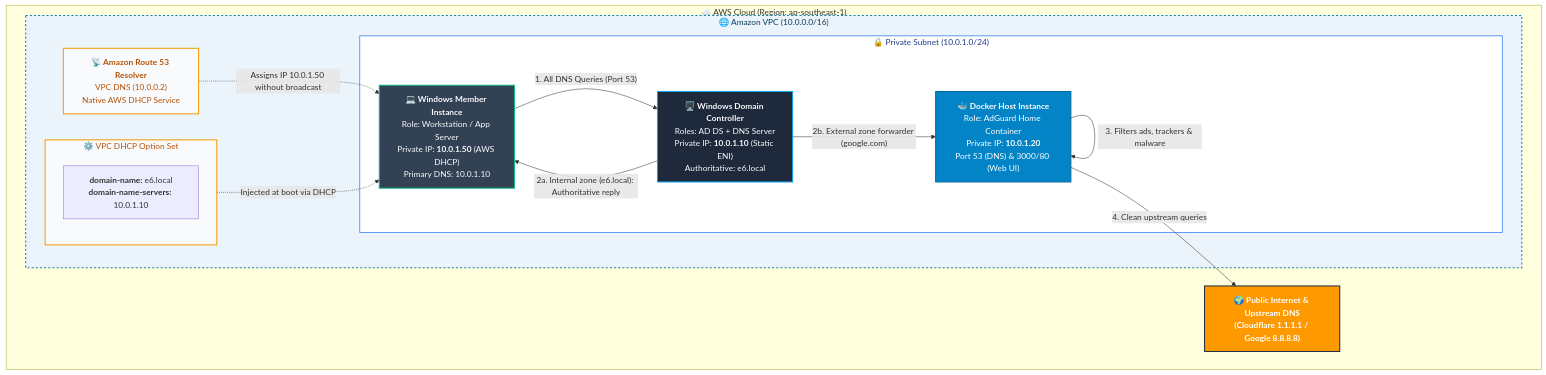
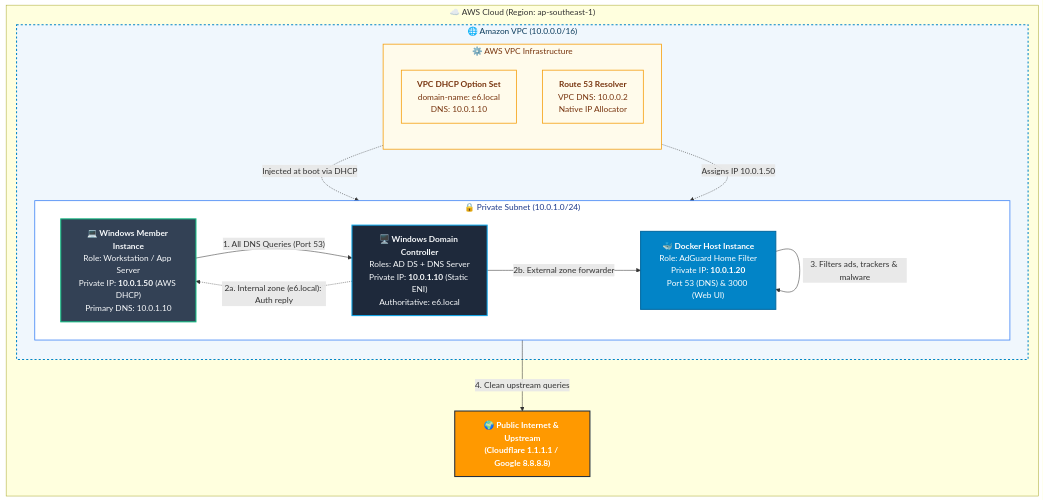
Before and after one commit to seang454/window-server-deploymennt: the diagram in aws-dns-architecture.md, drawn with Mermaid. The commit also changed 9 other files, not shown here.

````diff
--- a/aws-dns-architecture.md
+++ b/aws-dns-architecture.md
@@ -15,49 +15,46 @@
 ```mermaid
-flowchart TB
+flowchart LR
     %% Styling Definitions
     classDef aws fill:#FF9900,stroke:#232F3E,stroke-width:2px,color:#FFFFFF,font-weight:bold;
-    classDef vpc fill:#EBF3FB,stroke:#147EBA,stroke-width:2px,stroke-dasharray: 4 4,color:#0B3C5D;
+    classDef vpc fill:#F0F7FD,stroke:#0284C7,stroke-width:2px,stroke-dasharray: 4 4,color:#0B3C5D;
     classDef subnet fill:#FFFFFF,stroke:#3B82F6,stroke-width:1.5px,color:#1E3A8A;
     classDef server fill:#1E293B,stroke:#0EA5E9,stroke-width:2px,color:#F8FAFC;
     classDef docker fill:#0284C7,stroke:#0369A1,stroke-width:2px,color:#FFFFFF;
     classDef client fill:#334155,stroke:#10B981,stroke-width:2px,color:#F8FAFC;
-    classDef awsService fill:#F8FAFC,stroke:#F59E0B,stroke-width:2px,color:#B45309;
+    classDef awsService fill:#FFFBEB,stroke:#F59E0B,stroke-width:1.5px,color:#78350F;
 
     subgraph AWSCloud ["☁️ AWS Cloud (Region: ap-southeast-1)"]
-        
+
         subgraph VPC ["🌐 Amazon VPC (10.0.0.0/16)"]
-            
-            subgraph DHCPOpt ["⚙️ VPC DHCP Option Set"]
-                DHCPOptInfo["<b>domain-name:</b> e6.local<br/><b>domain-name-servers:</b> 10.0.1.10"]
+
+            subgraph Provisioning ["⚙️ AWS VPC Infrastructure"]
+                direction TB
+                DHCPOpt["<b>VPC DHCP Option Set</b><br/>domain-name: e6.local<br/>DNS: 10.0.1.10"]:::awsService
+                Route53Res["<b>Route 53 Resolver</b><br/>VPC DNS: 10.0.0.2<br/>Native IP Allocator"]:::awsService
             end
-            
+
             subgraph SubnetPriv ["🔒 Private Subnet (10.0.1.0/24)"]
-                
+                direction LR
                 Client["<b>💻 Windows Member Instance</b><br/>Role: Workstation / App Server<br/>Private IP: <b>10.0.1.50</b> (AWS DHCP)<br/>Primary DNS: 10.0.1.10"]:::client
+                DC["<b>🖥️ Windows Domain Controller</b><br/>Roles: AD DS + DNS Server<br/>Private IP: <b>10.0.1.10</b> (Static ENI)<br/>Authoritative: e6.local"]:::server
+                DockerHost["<b>🐳 Docker Host Instance</b><br/>Role: AdGuard Home Filter<br/>Private IP: <b>10.0.1.20</b><br/>Port 53 (DNS) & 3000 (Web UI)"]:::docker
+            end
 
-                DC["<b>🖥️ Windows Domain Controller</b><br/>Roles: AD DS + DNS Server<br/>Private IP: <b>10.0.1.10</b> (Static ENI)<br/>Authoritative: e6.local"]:::server
-                
-                DockerHost["<b>🐳 Docker Host Instance</b><br/>Role: AdGuard Home Container<br/>Private IP: <b>10.0.1.20</b><br/>Port 53 (DNS) & 3000/80 (Web UI)"]:::docker
-                
-            end
-            
-            Route53Res["<b>📡 Amazon Route 53 Resolver</b><br/>VPC DNS (10.0.0.2)<br/>Native AWS DHCP Service"]:::awsService
-            
         end
-        
-        Internet["🌍 Public Internet & Upstream DNS<br/>(Cloudflare 1.1.1.1 / Google 8.8.8.8)"]:::aws
+
+        Internet["🌍 Public Internet & Upstream<br/>(Cloudflare 1.1.1.1 / Google 8.8.8.8)"]:::aws
     end
 
     %% Flow connections
     DHCPOpt -.->|Injected at boot via DHCP| Client
+    Route53Res -.->|Assigns IP 10.0.1.50| Client
     Client -->|"1. All DNS Queries (Port 53)"| DC
-    DC -->|"2a. Internal zone (e6.local): Authoritative reply"| Client
-    DC -->|"2b. External zone forwarder (google.com)"| DockerHost
+    DC -.->|"2a. Internal zone (e6.local): Auth reply"| Client
+    DC -->|"2b. External zone forwarder"| DockerHost
     DockerHost -->|"3. Filters ads, trackers & malware"| DockerHost
     DockerHost -->|"4. Clean upstream queries"| Internet
-    Route53Res -.->|Assigns IP 10.0.1.50 without broadcast| Client
 
     class VPC vpc;
     class SubnetPriv subnet;
-    class DHCPOpt awsService;
+    class Provisioning awsService;
 ```
````
